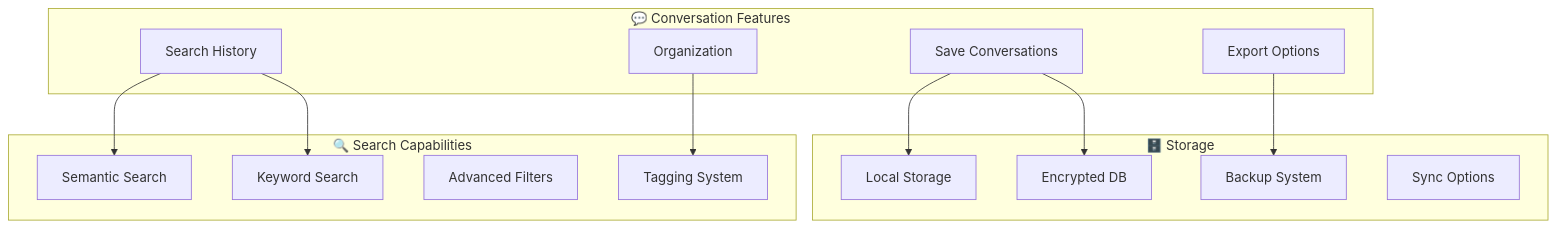
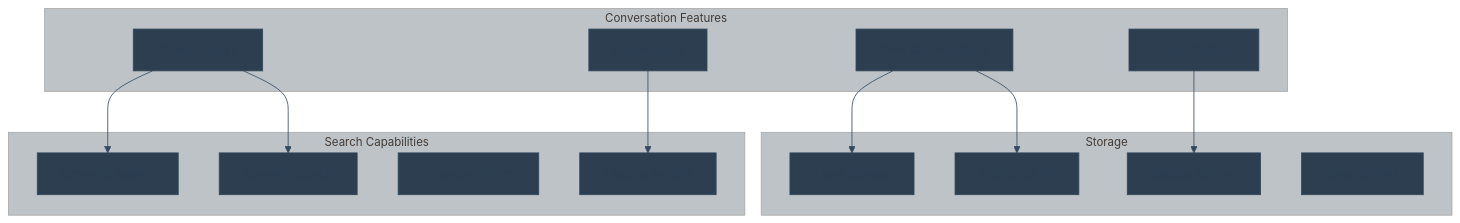
Before and after one commit to khaosans/basic-chat: the third of 10 diagrams in docs/ROADMAP.md, drawn with Mermaid. The commit also changed other lines of this file and 10 other files, not shown here.

````diff
--- a/docs/ROADMAP.md
+++ b/docs/ROADMAP.md
@@ -147,30 +145,31 @@
 ```mermaid
+%%{init: {'theme': 'base', 'themeVariables': { 'fontSize': '14px', 'fontFamily': 'arial', 'primaryColor': '#2c3e50', 'primaryTextColor': '#2c3e50', 'primaryBorderColor': '#34495e', 'lineColor': '#34495e', 'secondaryColor': '#ecf0f1', 'tertiaryColor': '#bdc3c7'}}}%%
 graph TB
-    subgraph "💬 Conversation Features"
+    subgraph "Conversation Features"
         SAVE[Save Conversations]
         SEARCH[Search History]
         EXPORT[Export Options]
         ORGANIZE[Organization]
     end
     
-    subgraph "🗄️ Storage"
+    subgraph "Storage"
         LOCAL[Local Storage]
         ENCRYPTED[Encrypted DB]
         BACKUP[Backup System]
         SYNC[Sync Options]
     end
     
-    subgraph "🔍 Search Capabilities"
+    subgraph "Search Capabilities"
         SEMANTIC[Semantic Search]
         KEYWORD[Keyword Search]
         FILTER[Advanced Filters]
         TAGS[Tagging System]
     end
     
     SAVE --> LOCAL
     SAVE --> ENCRYPTED
     SEARCH --> SEMANTIC
     SEARCH --> KEYWORD
     EXPORT --> BACKUP
     ORGANIZE --> TAGS
 ```
````
